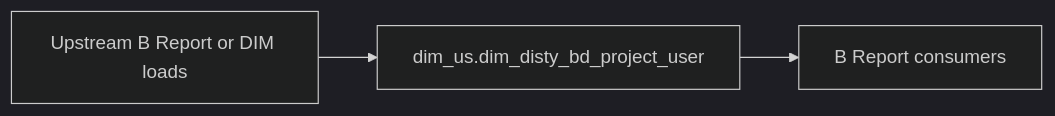
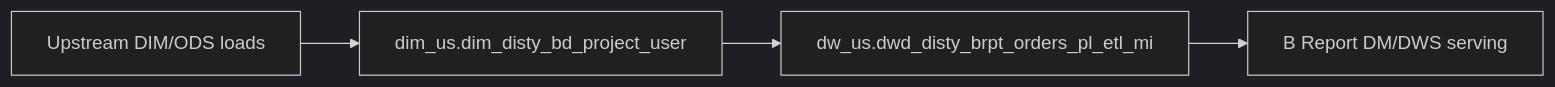
Before and after one commit to chengduhaha/data_agent: the diagram in backend/defaults/b_report/workspace/target/knowledgebase/b-report-us/dim_disty_bd_project_user.md, drawn with Mermaid (dark theme). The commit also changed other lines of this file and 1108 other files, not shown here.

````diff
--- a/backend/defaults/b_report/workspace/target/knowledgebase/b-report-us/dim_disty_bd_project_user.md
+++ b/backend/defaults/b_report/workspace/target/knowledgebase/b-report-us/dim_disty_bd_project_user.md
@@ -127,8 +133,10 @@
 ```mermaid
 flowchart LR
-  upstream[Upstream B Report or DIM loads]
-  tgt["dim_us.dim_disty_bd_project_user"]
-  brpt[B Report consumers]
-  upstream --> tgt
-  tgt --> brpt
+  upstream["Upstream DIM/ODS loads"]
+  dim["dim_us.dim_disty_bd_project_user"]
+  hub["dw_us.dwd_disty_brpt_orders_pl_etl_mi"]
+  dm["B Report DM/DWS serving"]
+  upstream --> dim
+  dim --> hub
+  hub --> dm
 ```
````
